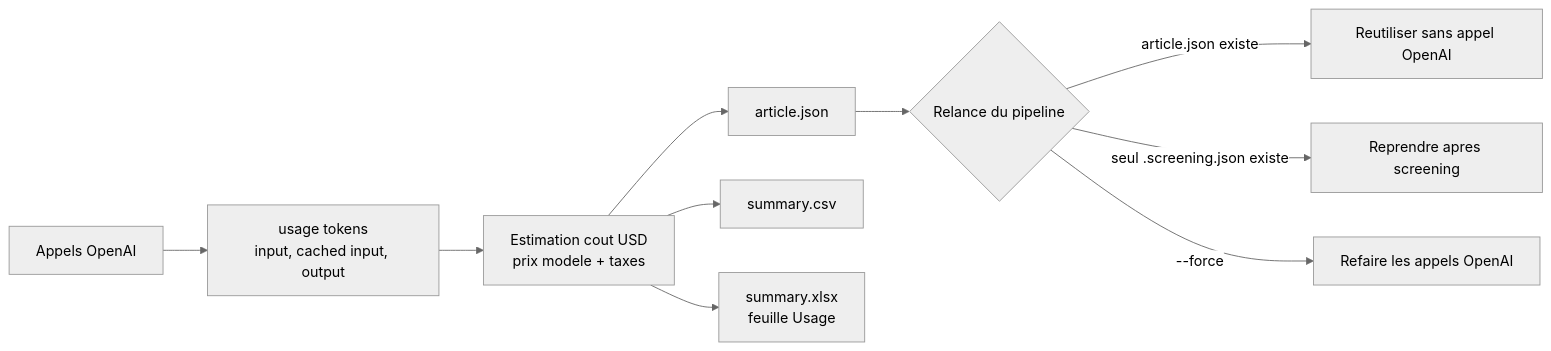
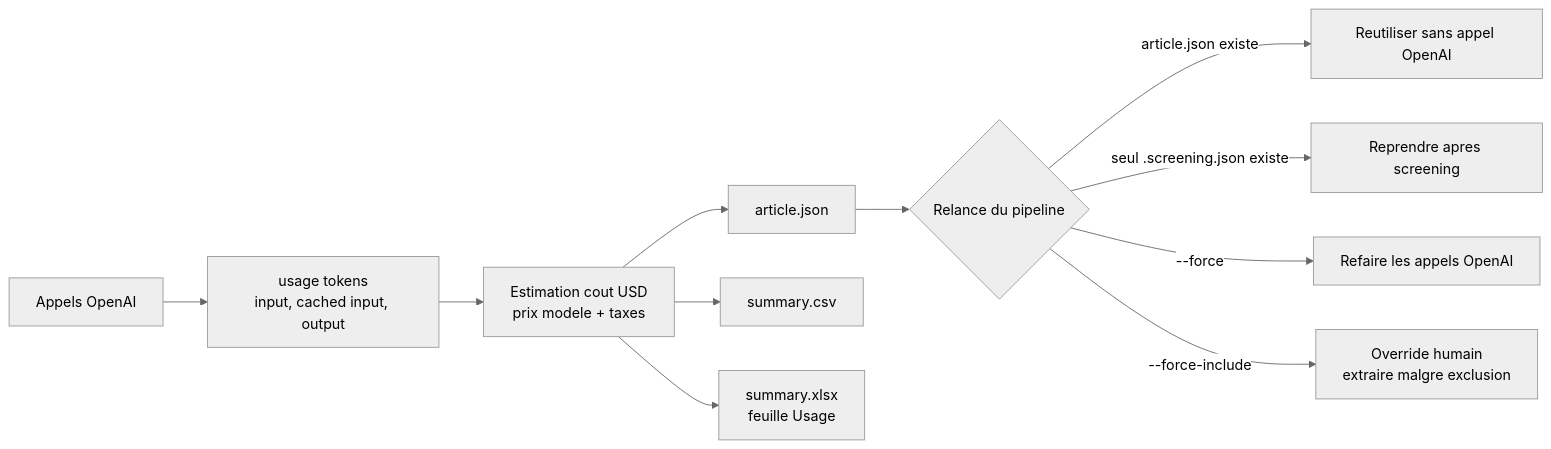
The fourth of 4 diagrams in README.md (mickaelbegon/Review_extraction), drawn with Mermaid (neutral theme) before and after one commit. The commit also changed other lines of this file, not shown here.

Commit message:
Document reviewer override workflow

````diff
--- a/README.md
+++ b/README.md
@@ -384,13 +426,14 @@
 ```mermaid
 flowchart LR
     A["Appels OpenAI"] --> B["usage tokens<br/>input, cached input, output"]
     B --> C["Estimation cout USD<br/>prix modele + taxes"]
     C --> D["article.json"]
     C --> E["summary.csv"]
     C --> F["summary.xlsx<br/>feuille Usage"]
 
     D --> G{"Relance du pipeline"}
     G -- "article.json existe" --> H["Reutiliser sans appel OpenAI"]
     G -- "seul .screening.json existe" --> I["Reprendre apres screening"]
     G -- "--force" --> J["Refaire les appels OpenAI"]
+    G -- "--force-include" --> K["Override humain<br/>extraire malgre exclusion"]
 ```
````
